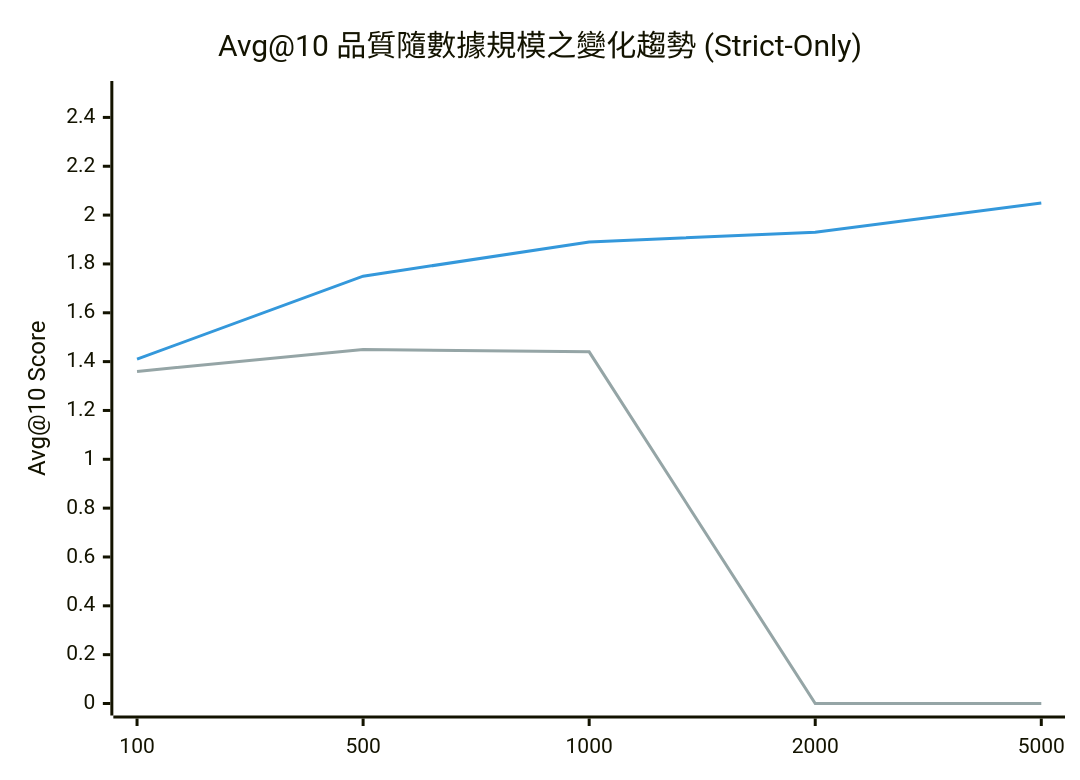
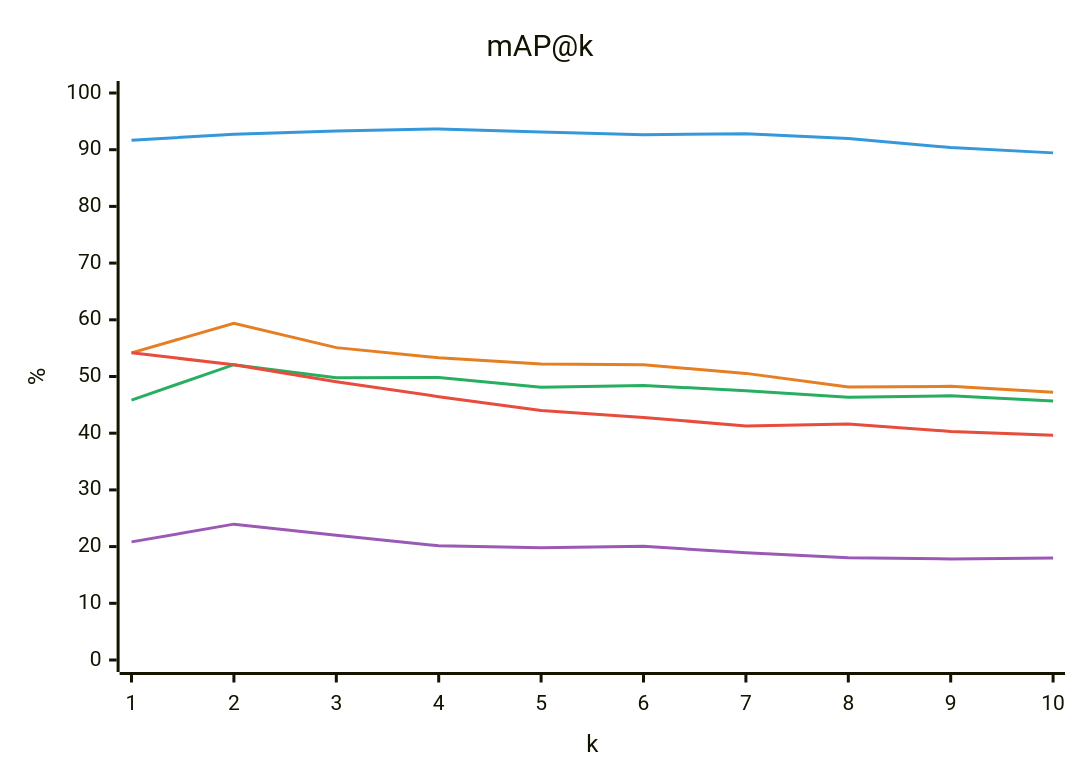
One commit to wangicheng/hybrid-reasoner changed diagram 13 of 13 in docs/report.md. Above: the diagram before and after it, drawn with Mermaid. The commit also changed other lines of this file and 21 other files, not shown here.

````diff
--- a/docs/report.md
+++ b/docs/report.md
@@ -436,9 +517,12 @@
 ```mermaid
-%%{init: { 'themeVariables': { 'xyChart': { 'plotColorPalette': '#95A5A6, #3498DB' } } } }%%
+%%{init: { 'themeVariables': { 'xyChart': { 'plotColorPalette': '#3498DB, #E67E22, #27AE60, #E74C3C, #9B59B6' } } } }%%
 xychart-beta
-    title "Avg@10 品質隨數據規模之變化趨勢 (Strict-Only)"
-    x-axis ["100", "500", "1000", "2000", "5000"]
-    y-axis "Avg@10 Score" 0 --> 2.5
-    line [1.36, 1.45, 1.44, 0, 0]
-    line [1.41, 1.75, 1.89, 1.93, 2.05]
+    title "mAP@k"
+    x-axis "k" [1, 2, 3, 4, 5, 6, 7, 8, 9, 10]
+    y-axis "%" 0 --> 100
+    line "experiment_dat_on" [91.67, 92.71, 93.29, 93.66, 93.10, 92.63, 92.83, 91.97, 90.39, 89.44]
+    line "naive_hybrid (w0.2)" [54.17, 59.38, 55.09, 53.30, 52.22, 52.08, 50.55, 48.14, 48.27, 47.23]
+    line "dense_only" [45.83, 52.08, 49.77, 49.83, 48.11, 48.43, 47.50, 46.32, 46.60, 45.69]
+    line "naive_hybrid_rrf" [54.17, 52.08, 49.07, 46.44, 43.99, 42.79, 41.27, 41.64, 40.31, 39.65]
+    line "bm25_only" [20.83, 23.96, 21.99, 20.14, 19.78, 20.07, 18.90, 18.04, 17.83, 18.01]
 ```
````
